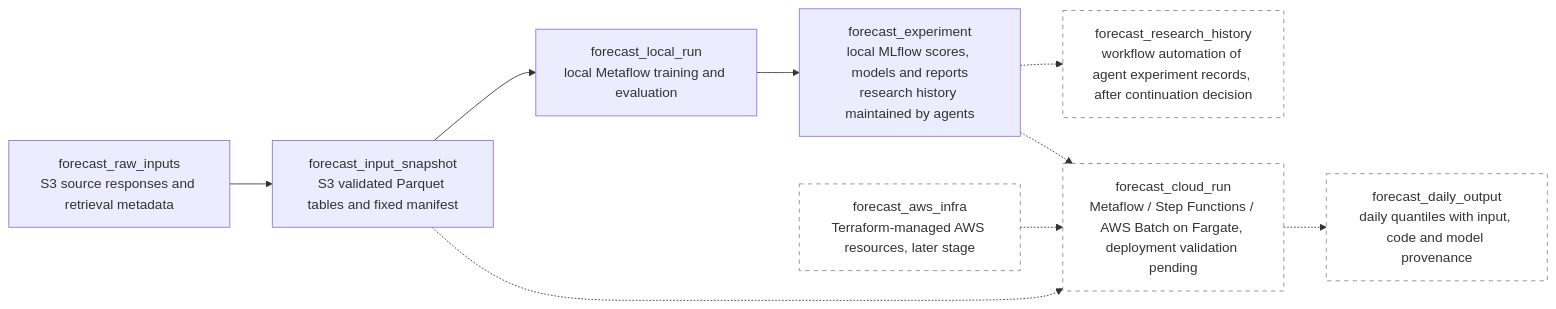
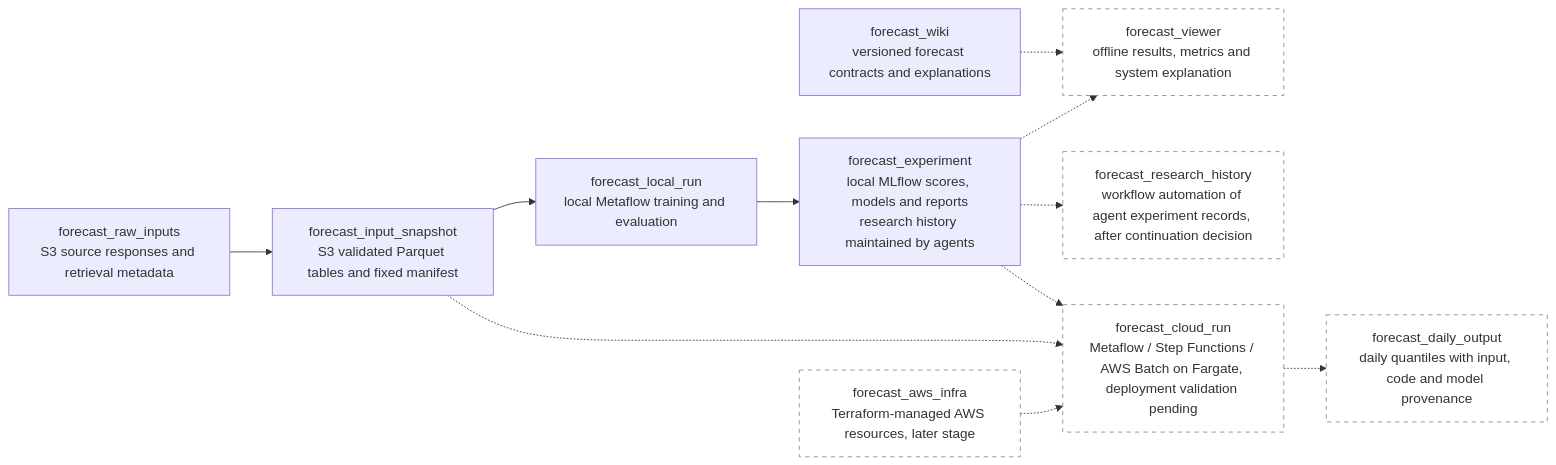
One commit to zoltanmaric/coppersushi changed the diagram in wiki/price-forecasting.md. Above: the diagram before and after it, drawn with Mermaid. The commit also changed other lines of this file and 7 other files, not shown here.

Commit message:
Specify the forecast explanation experience

````diff
--- a/wiki/price-forecasting.md
+++ b/wiki/price-forecasting.md
@@ -17,25 +19,30 @@
 ```mermaid
 flowchart LR
     classDef planned stroke-dasharray: 5 5,stroke:#888,fill:none
 
     forecast_raw_inputs["forecast_raw_inputs<br/>S3 source responses and retrieval metadata"]
     forecast_input_snapshot["forecast_input_snapshot<br/>S3 validated Parquet tables and fixed manifest"]
     forecast_local_run["forecast_local_run<br/>local Metaflow training and evaluation"]
     forecast_experiment["forecast_experiment<br/>local MLflow scores, models and reports<br/>research history maintained by agents"]
 
     forecast_raw_inputs --> forecast_input_snapshot
     forecast_input_snapshot --> forecast_local_run
     forecast_local_run --> forecast_experiment
 
+    forecast_wiki["forecast_wiki<br/>versioned forecast contracts and explanations"]
+    forecast_viewer["forecast_viewer<br/>offline results, metrics and system explanation"]:::planned
+    forecast_experiment -.-> forecast_viewer
+    forecast_wiki -.-> forecast_viewer
+
     forecast_research_history["forecast_research_history<br/>workflow automation of agent experiment records, after continuation decision"]:::planned
     forecast_experiment -.-> forecast_research_history
 
     forecast_aws_infra["forecast_aws_infra<br/>Terraform-managed AWS resources, later stage"]:::planned
     forecast_cloud_run["forecast_cloud_run<br/>Metaflow / Step Functions / AWS Batch on Fargate, deployment validation pending"]:::planned
     forecast_daily_output["forecast_daily_output<br/>daily quantiles with input, code and model provenance"]:::planned
 
     forecast_aws_infra -.-> forecast_cloud_run
     forecast_input_snapshot -.-> forecast_cloud_run
     forecast_experiment -.-> forecast_cloud_run
     forecast_cloud_run -.-> forecast_daily_output
 ```
````
